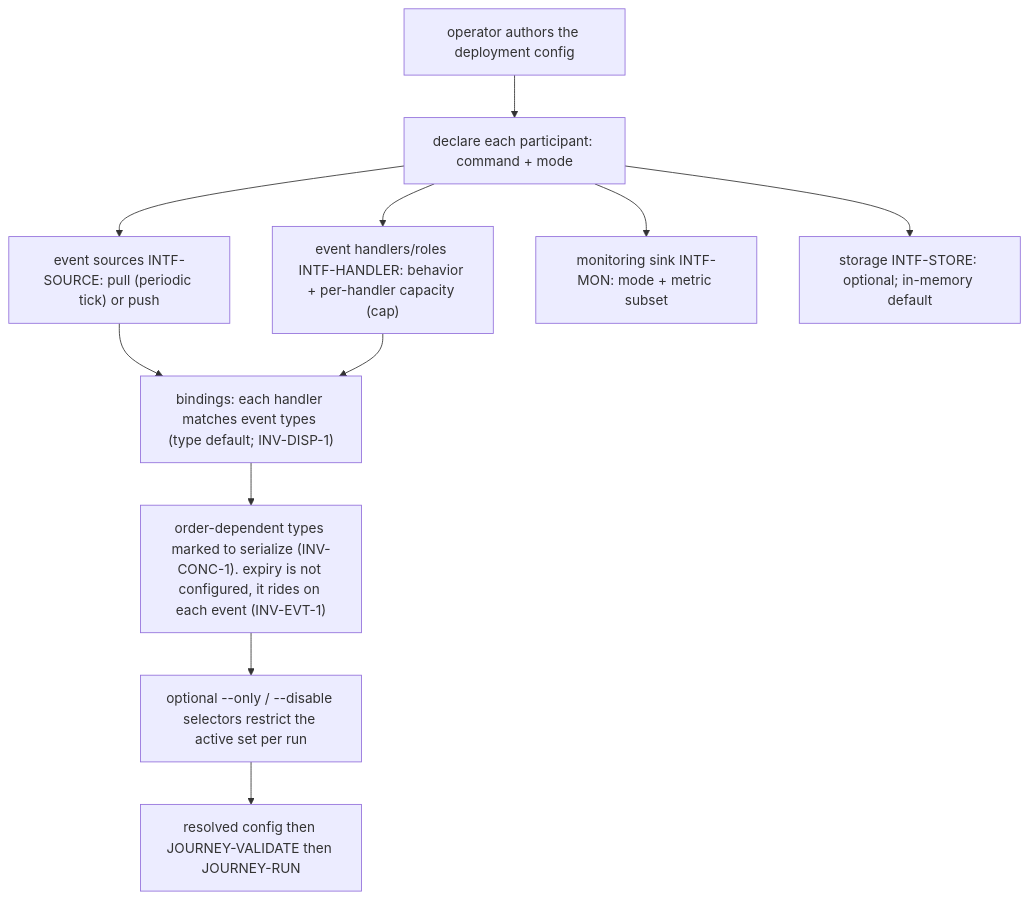
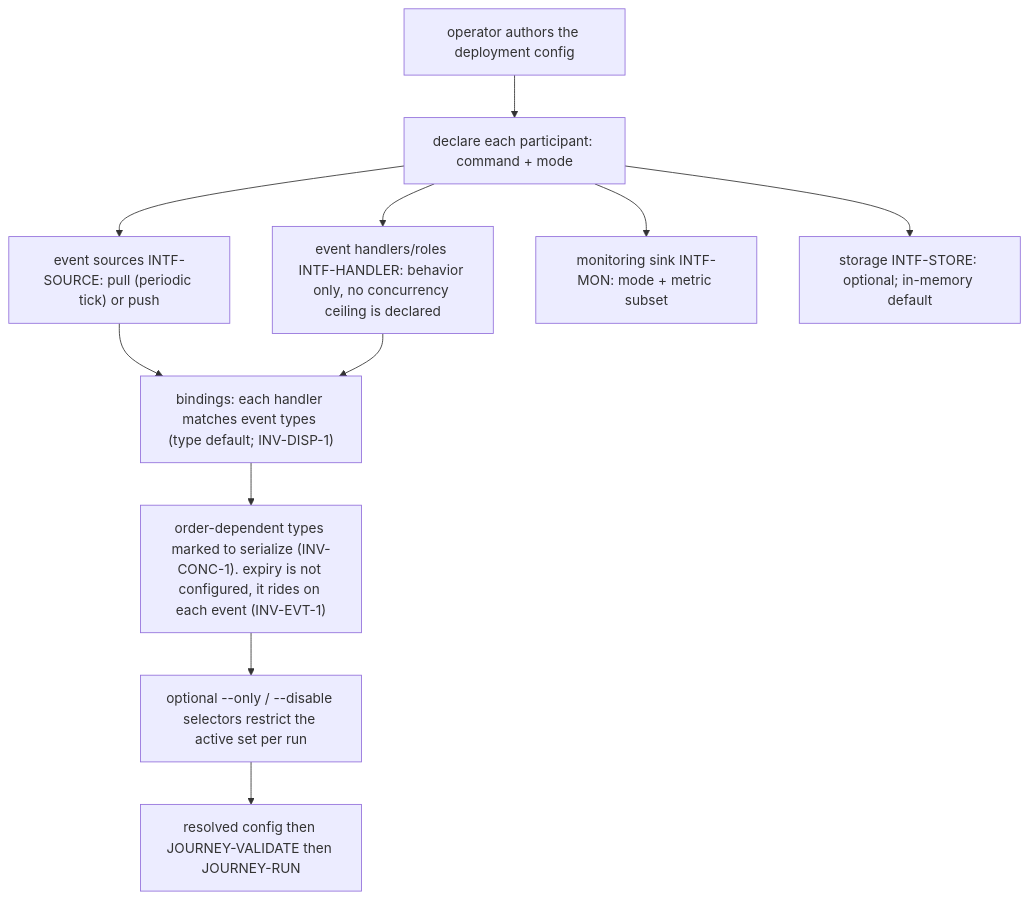
One commit to phillipgreenii/nix-agent-support changed the second of 13 diagrams in packages/pr-pool/docs/behavior/journeys.md. Above: the diagram before and after it, drawn with Mermaid. The commit also changed other lines of this file and 5 other files, not shown here.

````diff
--- a/packages/pr-pool/docs/behavior/journeys.md
+++ b/packages/pr-pool/docs/behavior/journeys.md
@@ -160,13 +161,13 @@
 ```mermaid
 flowchart TD
     start["operator authors the deployment config"] --> parts["declare each participant: command + mode"]
     parts --> src["event sources INTF-SOURCE: pull (periodic tick) or push"]
-    parts --> hdl["event handlers/roles INTF-HANDLER: behavior + per-handler capacity (cap)"]
+    parts --> hdl["event handlers/roles INTF-HANDLER: behavior only, no concurrency ceiling is declared"]
     parts --> mon["monitoring sink INTF-MON: mode + metric subset"]
     parts --> sto["storage INTF-STORE: optional; in-memory default"]
     src --> bind["bindings: each handler matches event types (type default; INV-DISP-1)"]
     hdl --> bind
     bind --> ser["order-dependent types marked to serialize (INV-CONC-1). expiry is not configured, it rides on each event (INV-EVT-1)"]
     ser --> sel["optional --only / --disable selectors restrict the active set per run"]
     sel --> out["resolved config then JOURNEY-VALIDATE then JOURNEY-RUN"]
 ```
````
